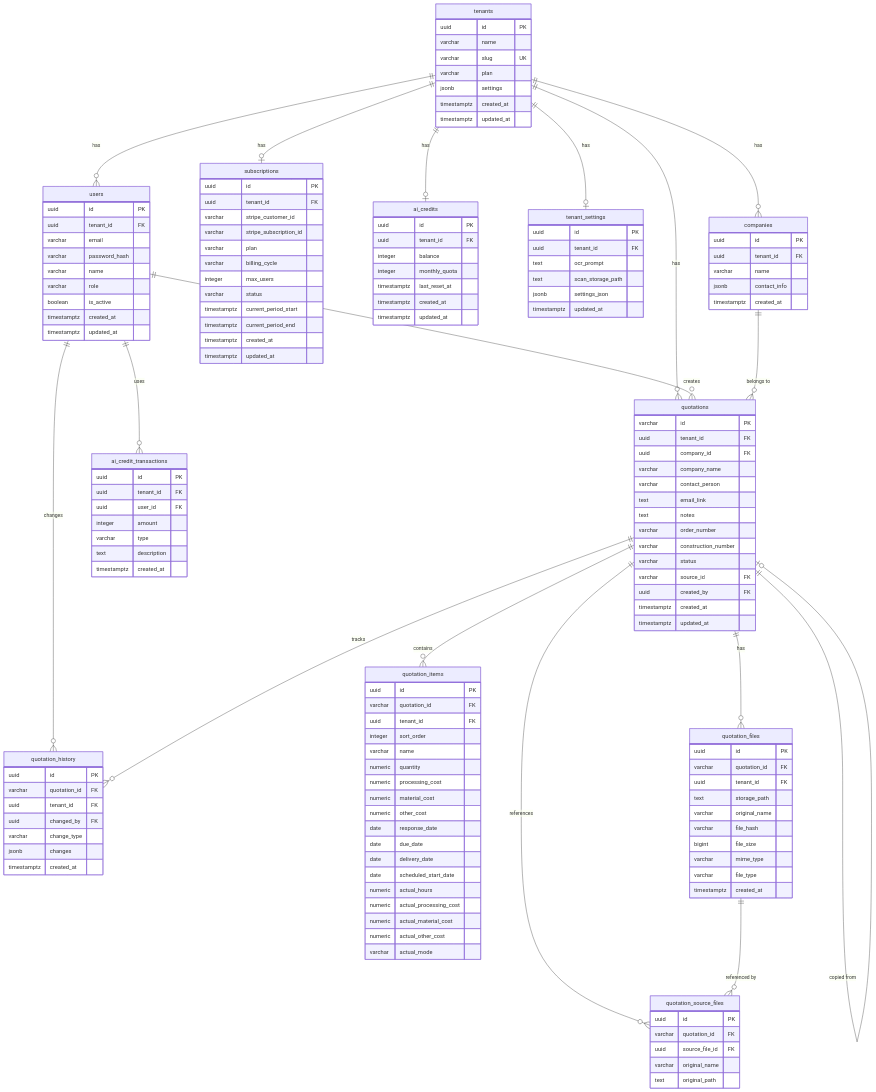
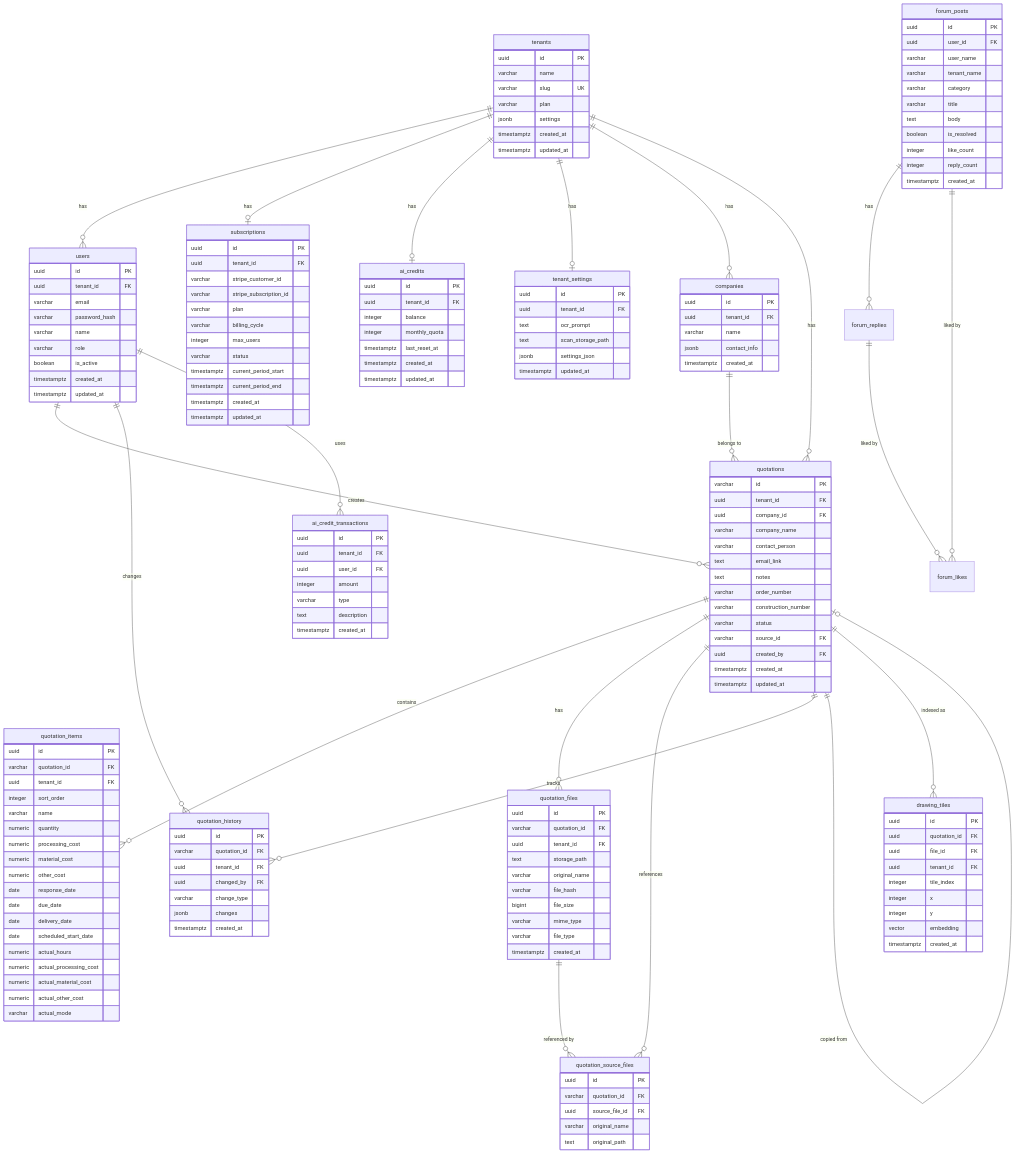
Before and after one commit to hiroshimasaki/aizumen-app: the diagram in docs/database_design.md, drawn with Mermaid. The commit also changed other lines of this file and 18 other files, not shown here.

```diff
--- a/docs/database_design.md
+++ b/docs/database_design.md
@@ -27,6 +27,11 @@
     quotations ||--o{ quotation_source_files : "references"
     quotations ||--o{ quotation_history : "tracks"
     quotations ||--o| quotations : "copied from"
+    quotations ||--o{ drawing_tiles : "indexed as"
+
+    forum_posts ||--o{ forum_replies : "has"
+    forum_posts ||--o{ forum_likes : "liked by"
+    forum_replies ||--o{ forum_likes : "liked by"
 
     quotation_files ||--o{ quotation_source_files : "referenced by"
 
@@ -142,6 +147,32 @@
         varchar actual_mode
     }
 
+    drawing_tiles {
+        uuid id PK
+        uuid quotation_id FK
+        uuid file_id FK
+        uuid tenant_id FK
+        integer tile_index
+        integer x
+        integer y
+        vector embedding
+        timestamptz created_at
+    }
+
+    forum_posts {
+        uuid id PK
+        uuid user_id FK
+        varchar user_name
+        varchar tenant_name
+        varchar category
+        varchar title
+        text body
+        boolean is_resolved
+        integer like_count
+        integer reply_count
+        timestamptz created_at
+    }
+
     quotation_files {
         uuid id PK
         varchar quotation_id FK
```
